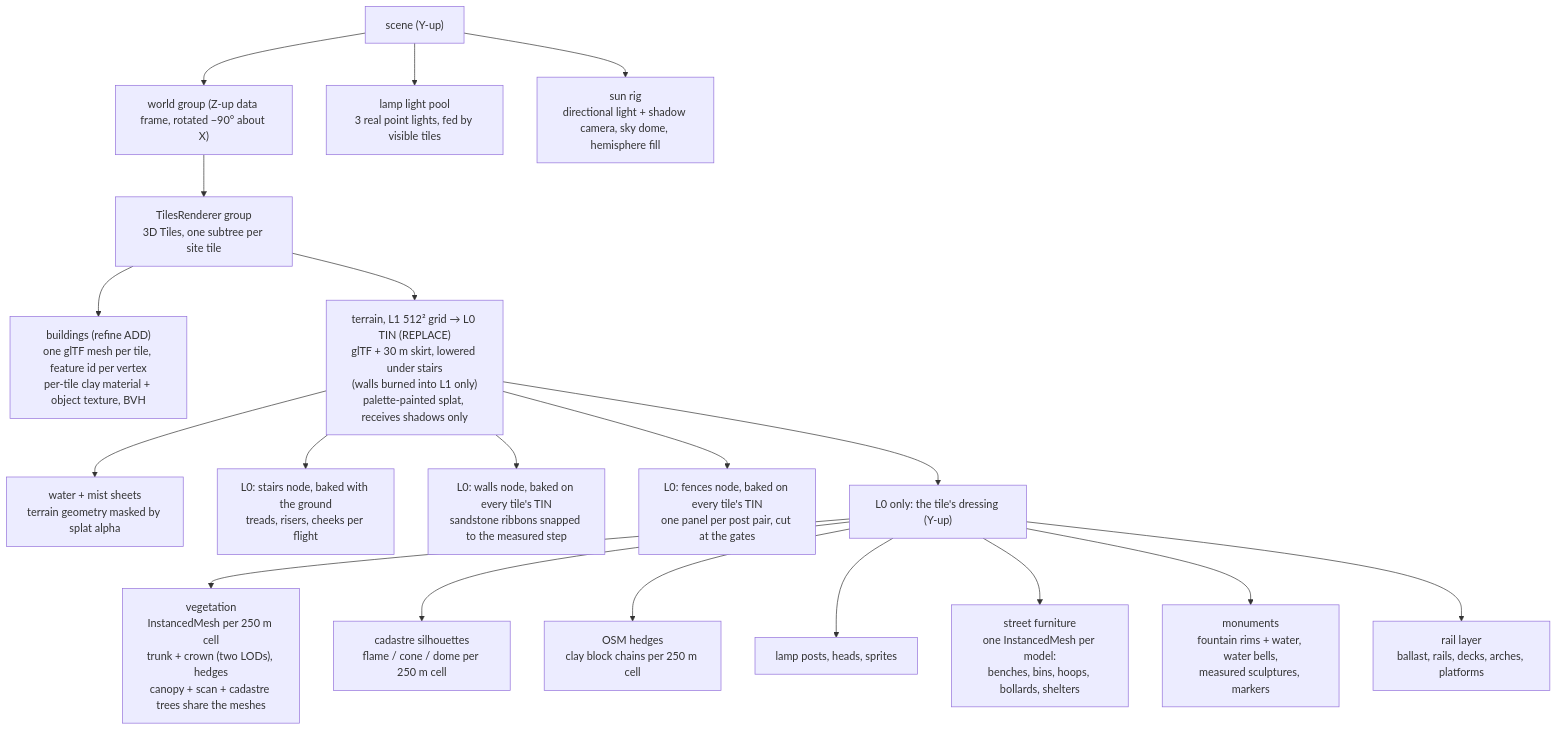
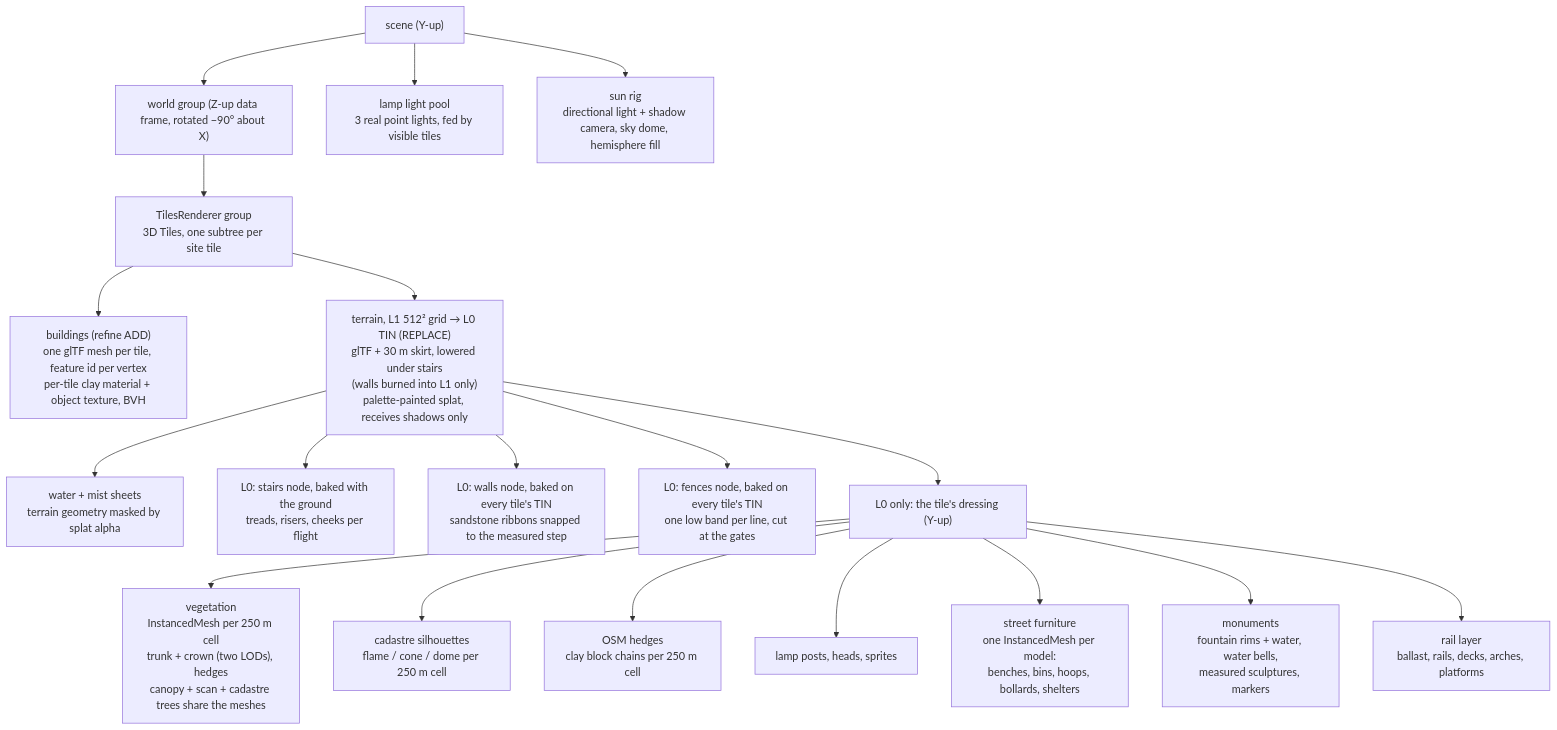
Before and after one commit to mdugue/bridge: the first of 2 diagrams in docs/rendering.md, drawn with Mermaid. The commit also changed other lines of this file and 16 other files, not shown here.

````diff
--- a/docs/rendering.md
+++ b/docs/rendering.md
@@ -25,24 +25,24 @@
 ```mermaid
 flowchart TB
   SCENE["scene (Y-up)"]
   WORLD["world group (Z-up data frame, rotated −90° about X)"]
   TILES["TilesRenderer group<br/>3D Tiles, one subtree per site tile"]
   SCENE --> WORLD
   WORLD --> TILES
   TILES --> CITY["buildings (refine ADD)<br/>one glTF mesh per tile, feature id per vertex<br/>per-tile clay material + object texture, BVH"]
   TILES --> TER["terrain, L1 512² grid → L0 TIN (REPLACE)<br/>glTF + 30 m skirt, lowered under stairs<br/>(walls burned into L1 only)<br/>palette-painted splat, receives shadows only"]
   TER --> WAT["water + mist sheets<br/>terrain geometry masked by splat alpha"]
   TER --> STAIR["L0: stairs node, baked with the ground<br/>treads, risers, cheeks per flight"]
   TER --> WALL["L0: walls node, baked on every tile's TIN<br/>sandstone ribbons snapped to the measured step"]
-  TER --> FENCE["L0: fences node, baked on every tile's TIN<br/>one panel per post pair, cut at the gates"]
+  TER --> FENCE["L0: fences node, baked on every tile's TIN<br/>one low band per line, cut at the gates"]
   TER --> DRESS["L0 only: the tile's dressing (Y-up)"]
   DRESS --> VEG["vegetation<br/>InstancedMesh per 250 m cell<br/>trunk + crown (two LODs), hedges<br/>canopy + scan + cadastre trees share the meshes"]
   DRESS --> INV["cadastre silhouettes<br/>flame / cone / dome per 250 m cell"]
   DRESS --> LOW["OSM hedges<br/>clay block chains per 250 m cell"]
   DRESS --> LAMP["lamp posts, heads, sprites"]
   DRESS --> FURN["street furniture<br/>one InstancedMesh per model:<br/>benches, bins, hoops, bollards, shelters"]
   DRESS --> MON["monuments<br/>fountain rims + water, water bells,<br/>measured sculptures, markers"]
   DRESS --> RAIL["rail layer<br/>ballast, rails, decks, arches, platforms"]
   SCENE --> LIGHTS["lamp light pool<br/>3 real point lights, fed by visible tiles"]
   SCENE --> SUN["sun rig<br/>directional light + shadow camera, sky dome, hemisphere fill"]
 ```
````
